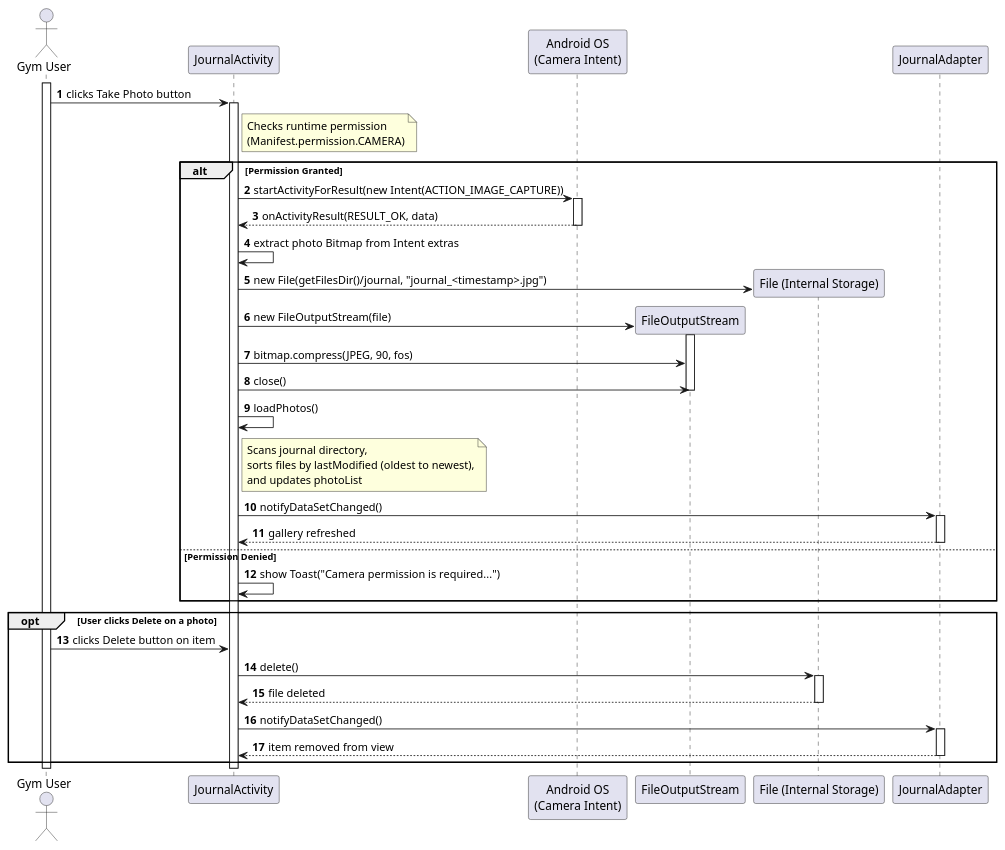
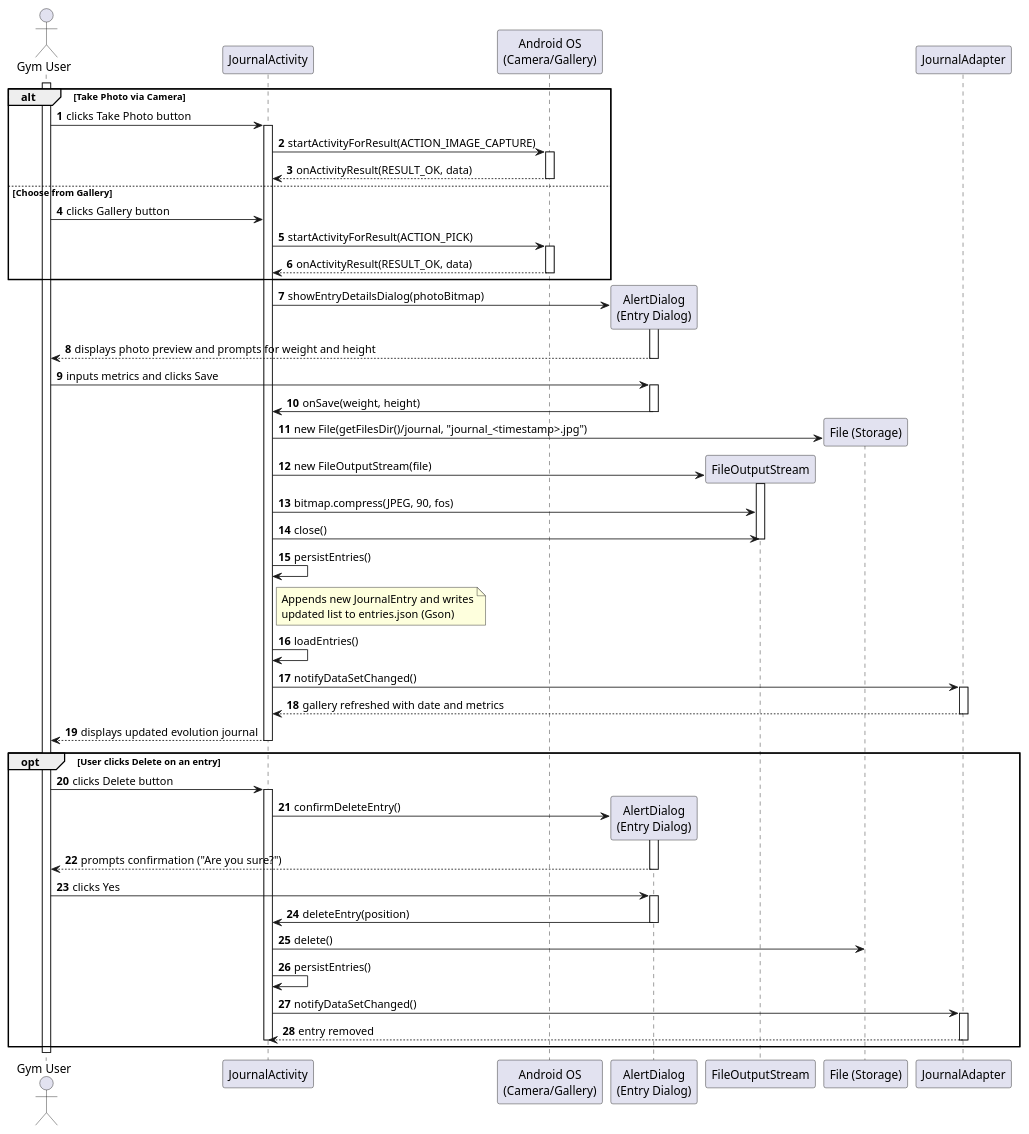
One commit to Martim690/DSSMV_ProjectDroid_1240690_1240842 changed the diagram in docs/US10/puml/SD/sd_us10.puml. Above: the diagram before and after it, drawn with PlantUML. The commit also changed 20 other files, not shown here.

Commit message:
some journal features ready for camera testing

```diff
--- a/docs/US10/puml/SD/sd_us10.puml
+++ b/docs/US10/puml/SD/sd_us10.puml
@@ -1,56 +1,77 @@
 @startuml
 autonumber
 actor "Gym User" as User
 participant "JournalActivity" as UI
-participant "Android OS\n(Camera Intent)" as Cam
+participant "Android OS\n(Camera/Gallery)" as OS
+participant "AlertDialog\n(Entry Dialog)" as Dialog
 participant "FileOutputStream" as FOS
-participant "File (Internal Storage)" as File
+participant "File (Storage)" as File
 participant "JournalAdapter" as Adapter
 
 activate User
-User -> UI : clicks Take Photo button
-activate UI
+alt Take Photo via Camera
+    User -> UI : clicks Take Photo button
+    activate UI
+    UI -> OS : startActivityForResult(ACTION_IMAGE_CAPTURE)
+    activate OS
+    OS --> UI : onActivityResult(RESULT_OK, data)
+    deactivate OS
+else Choose from Gallery
+    User -> UI : clicks Gallery button
+    UI -> OS : startActivityForResult(ACTION_PICK)
+    activate OS
+    OS --> UI : onActivityResult(RESULT_OK, data)
+    deactivate OS
+end
 
-note right of UI: Checks runtime permission\n(Manifest.permission.CAMERA)
+UI -> Dialog ** : showEntryDetailsDialog(photoBitmap)
+activate Dialog
+Dialog --> User : displays photo preview and prompts for weight and height
+deactivate Dialog
 
-alt Permission Granted
-    UI -> Cam : startActivityForResult(new Intent(ACTION_IMAGE_CAPTURE))
-    activate Cam
-    Cam --> UI : onActivityResult(RESULT_OK, data)
-    deactivate Cam
+User -> Dialog : inputs metrics and clicks Save
+activate Dialog
+Dialog -> UI : onSave(weight, height)
+deactivate Dialog
 
-    UI -> UI : extract photo Bitmap from Intent extras
+UI -> File ** : new File(getFilesDir()/journal, "journal_<timestamp>.jpg")
+UI -> FOS ** : new FileOutputStream(file)
+activate FOS
+UI -> FOS : bitmap.compress(JPEG, 90, fos)
+UI -> FOS : close()
+deactivate FOS
 
-    UI -> File ** : new File(getFilesDir()/journal, "journal_<timestamp>.jpg")
-    UI -> FOS ** : new FileOutputStream(file)
-    activate FOS
-    UI -> FOS : bitmap.compress(JPEG, 90, fos)
-    UI -> FOS : close()
-    deactivate FOS
+UI -> UI : persistEntries()
+note right of UI: Appends new JournalEntry and writes\nupdated list to entries.json (Gson)
 
-    UI -> UI : loadPhotos()
-    note right of UI: Scans journal directory,\nsorts files by lastModified (oldest to newest),\nand updates photoList
+UI -> UI : loadEntries()
+UI -> Adapter : notifyDataSetChanged()
+activate Adapter
+Adapter --> UI : gallery refreshed with date and metrics
+deactivate Adapter
 
+UI --> User : displays updated evolution journal
+deactivate UI
+
+opt User clicks Delete on an entry
+    User -> UI : clicks Delete button
+    activate UI
+    UI -> Dialog ** : confirmDeleteEntry()
+    activate Dialog
+    Dialog --> User : prompts confirmation ("Are you sure?")
+    deactivate Dialog
+    User -> Dialog : clicks Yes
+    activate Dialog
+    Dialog -> UI : deleteEntry(position)
+    deactivate Dialog
+    UI -> File : delete()
+    UI -> UI : persistEntries()
     UI -> Adapter : notifyDataSetChanged()
     activate Adapter
-    Adapter --> UI : gallery refreshed
+    Adapter --> UI : entry removed
     deactivate Adapter
-else Permission Denied
-    UI -> UI : show Toast("Camera permission is required...")
+    deactivate UI
 end
 
-opt User clicks Delete on a photo
-    User -> UI : clicks Delete button on item
-    UI -> File : delete()
-    activate File
-    File --> UI : file deleted
-    deactivate File
-    UI -> Adapter : notifyDataSetChanged()
-    activate Adapter
-    Adapter --> UI : item removed from view
-    deactivate Adapter
-end
-
-deactivate UI
 deactivate User
 @enduml
```
